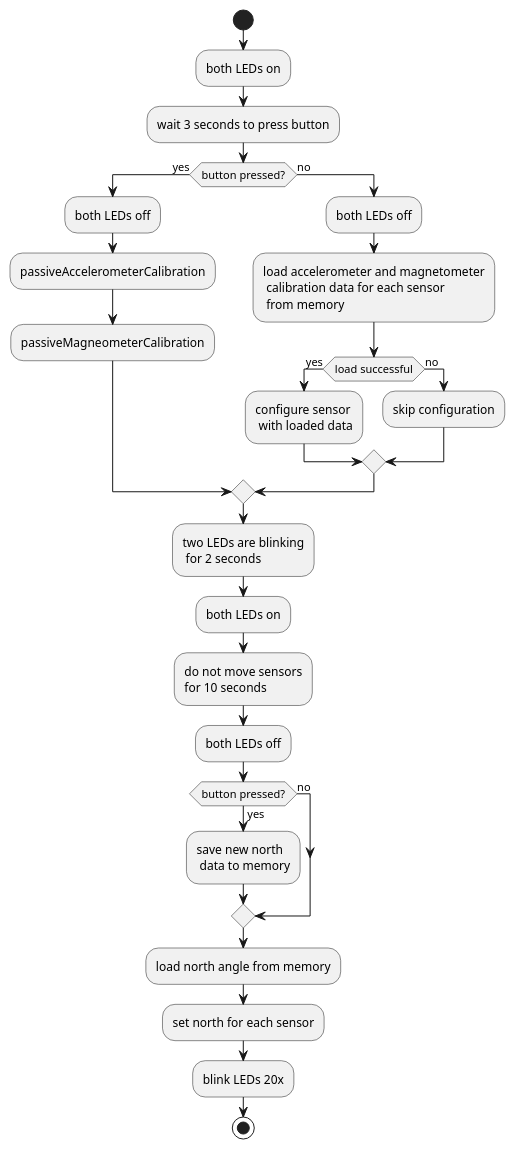
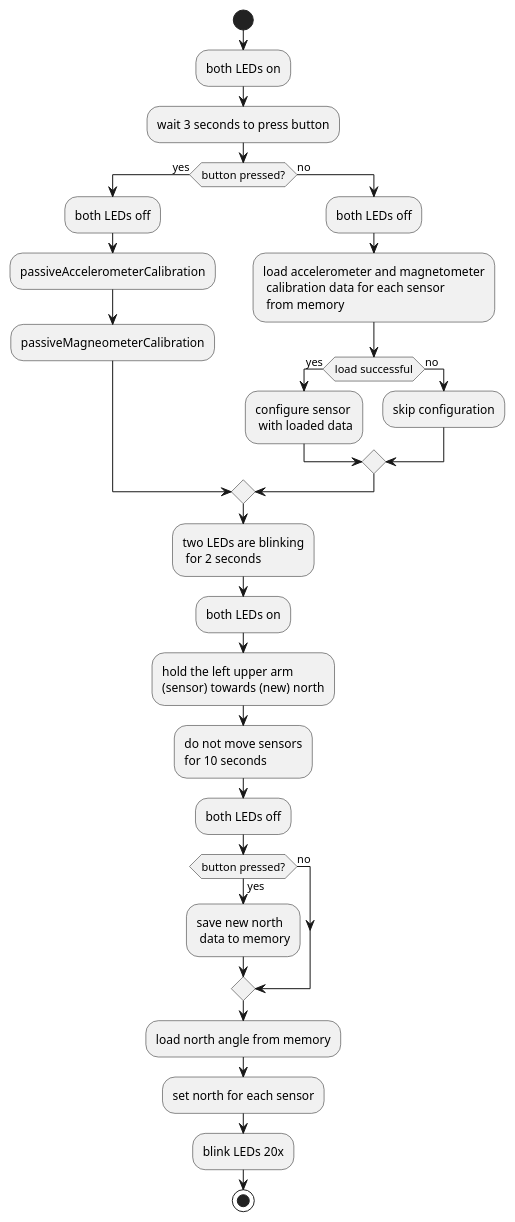
The diagram in GyroArduino/firmwares/OneESP_SixMPU9250/doc-src/calibration.plantuml (birkschmithuesen/MergingEntities), drawn with PlantUML before and after one commit. The commit also changed 1 other file, not shown here.

Commit message:
use left upper arm for calibrating north, see #45

```diff
--- a/GyroArduino/firmwares/OneESP_SixMPU9250/doc-src/calibration.plantuml
+++ b/GyroArduino/firmwares/OneESP_SixMPU9250/doc-src/calibration.plantuml
@@ -1,57 +1,60 @@
 @startuml
 
 start
 
 :both LEDs on;
 
 :wait 3 seconds to press button;
 
 if (button pressed?) then (yes)
   :both LEDs off;
 
   :passiveAccelerometerCalibration;
 
   :passiveMagneometerCalibration;
 
 else (no)
   :both LEDs off;
 
   :load accelerometer and magnetometer
    calibration data for each sensor
    from memory;
 
   if (load successful) then (yes)
     :configure sensor
      with loaded data;
   else (no)
     :skip configuration;
   endif
 
 endif
 
 :two LEDs are blinking
  for 2 seconds;
 
 :both LEDs on;
 
+:hold the left upper arm
+(sensor) towards (new) north;
+
 :do not move sensors
 for 10 seconds;
 
 :both LEDs off;
 
 if (button pressed?) then (yes)
   :save new north
    data to memory;
 else (no)
 
 endif
 
 :load north angle from memory;
 
 :set north for each sensor;
 
 :blink LEDs 20x;
 
 stop
 
 @enduml
```
